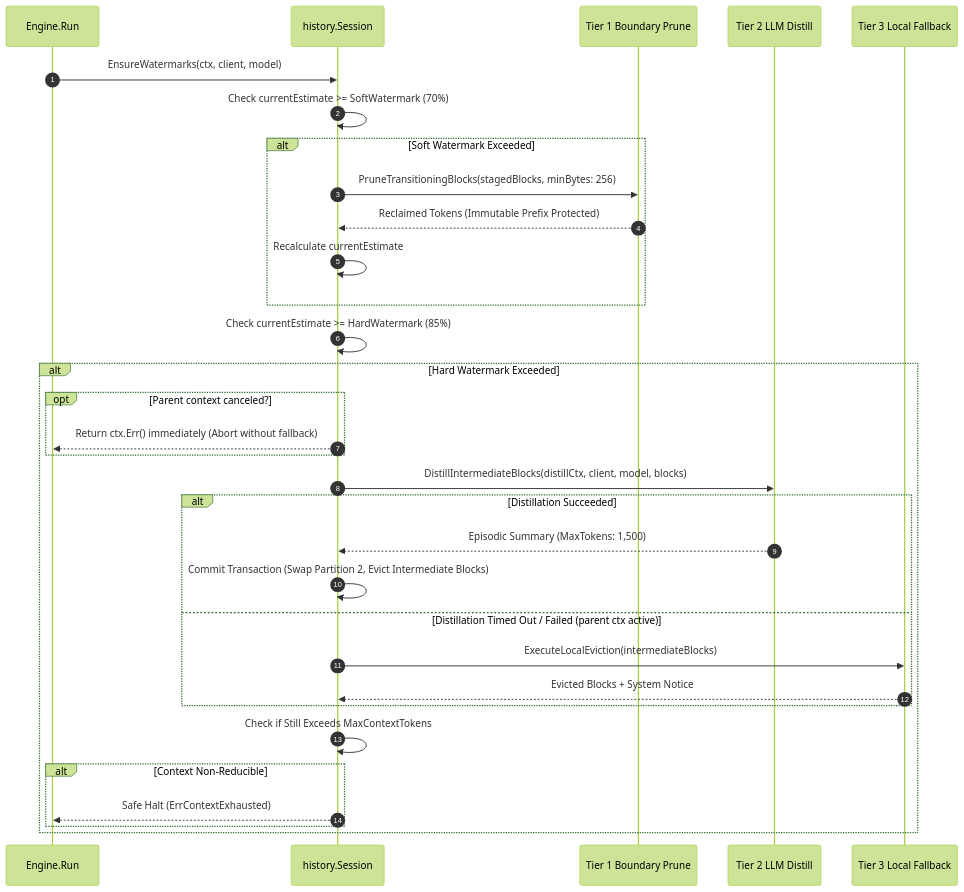
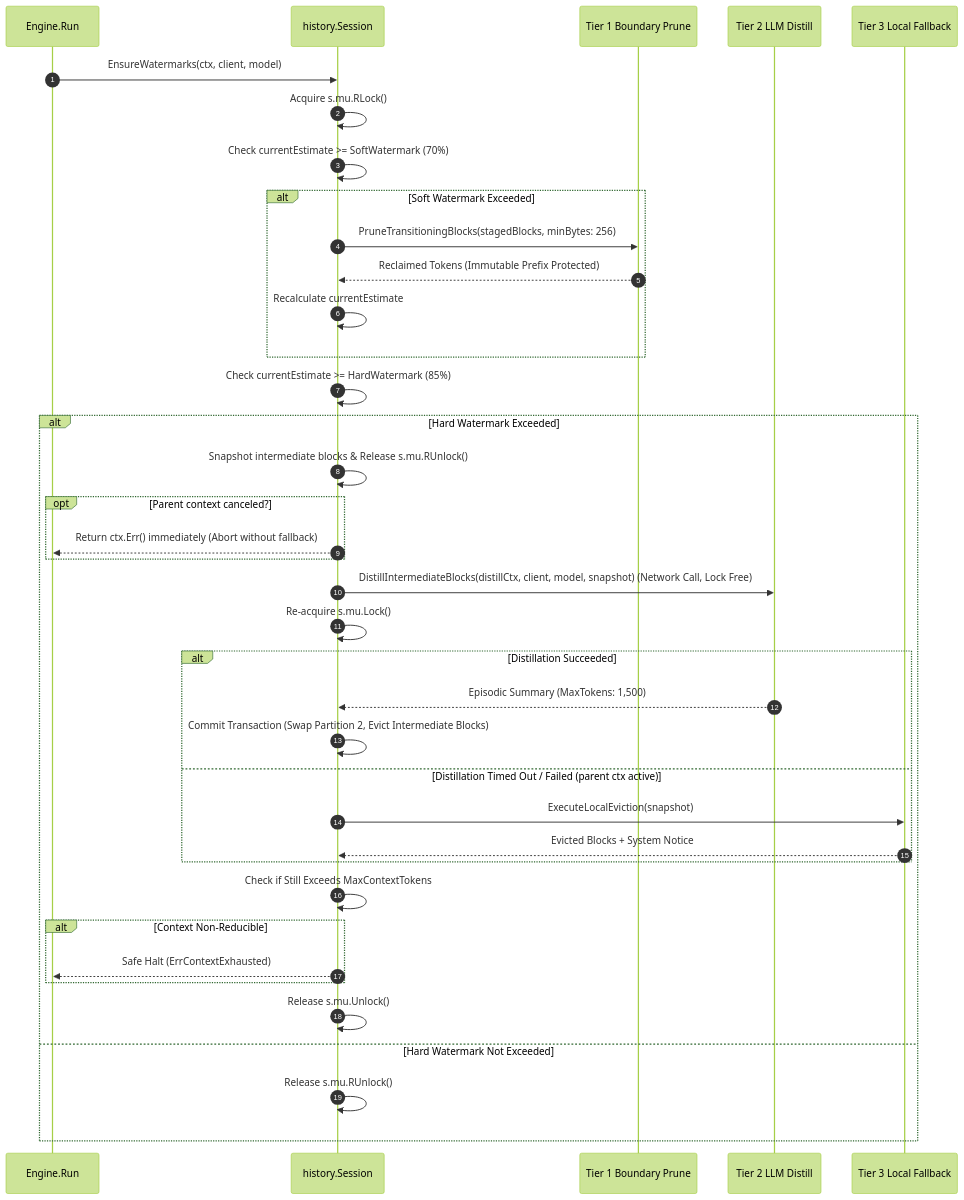
Before and after one commit to hoangndst/buddy-agent: the second of 3 diagrams in docs/designs/03_context_compaction.md, drawn with Mermaid (forest theme). The commit also changed other lines of this file and 12 other files, not shown here.

````diff
--- a/docs/designs/03_context_compaction.md
+++ b/docs/designs/03_context_compaction.md
@@ -302,35 +302,41 @@
 ```mermaid
 sequenceDiagram
     autonumber
     participant Engine as Engine.Run
     participant Session as history.Session
     participant Pruner as Tier 1 Boundary Prune
     participant Distiller as Tier 2 LLM Distill
     participant Fallback as Tier 3 Local Fallback
 
     Engine->>Session: EnsureWatermarks(ctx, client, model)
+    Session->>Session: Acquire s.mu.RLock()
     Session->>Session: Check currentEstimate >= SoftWatermark (70%)
     alt Soft Watermark Exceeded
         Session->>Pruner: PruneTransitioningBlocks(stagedBlocks, minBytes: 256)
         Pruner-->>Session: Reclaimed Tokens (Immutable Prefix Protected)
         Session->>Session: Recalculate currentEstimate
     end
     Session->>Session: Check currentEstimate >= HardWatermark (85%)
     alt Hard Watermark Exceeded
+        Session->>Session: Snapshot intermediate blocks & Release s.mu.RUnlock()
         opt Parent context canceled?
             Session-->>Engine: Return ctx.Err() immediately (Abort without fallback)
         end
-        Session->>Distiller: DistillIntermediateBlocks(distillCtx, client, model, blocks)
+        Session->>Distiller: DistillIntermediateBlocks(distillCtx, client, model, snapshot) (Network Call, Lock Free)
+        Session->>Session: Re-acquire s.mu.Lock()
         alt Distillation Succeeded
             Distiller-->>Session: Episodic Summary (MaxTokens: 1,500)
             Session->>Session: Commit Transaction (Swap Partition 2, Evict Intermediate Blocks)
         else Distillation Timed Out / Failed (parent ctx active)
-            Session->>Fallback: ExecuteLocalEviction(intermediateBlocks)
+            Session->>Fallback: ExecuteLocalEviction(snapshot)
             Fallback-->>Session: Evicted Blocks + System Notice
         end
         Session->>Session: Check if Still Exceeds MaxContextTokens
         alt Context Non-Reducible
             Session-->>Engine: Safe Halt (ErrContextExhausted)
         end
+        Session->>Session: Release s.mu.Unlock()
+    else Hard Watermark Not Exceeded
+        Session->>Session: Release s.mu.RUnlock()
     end
 ```
````
